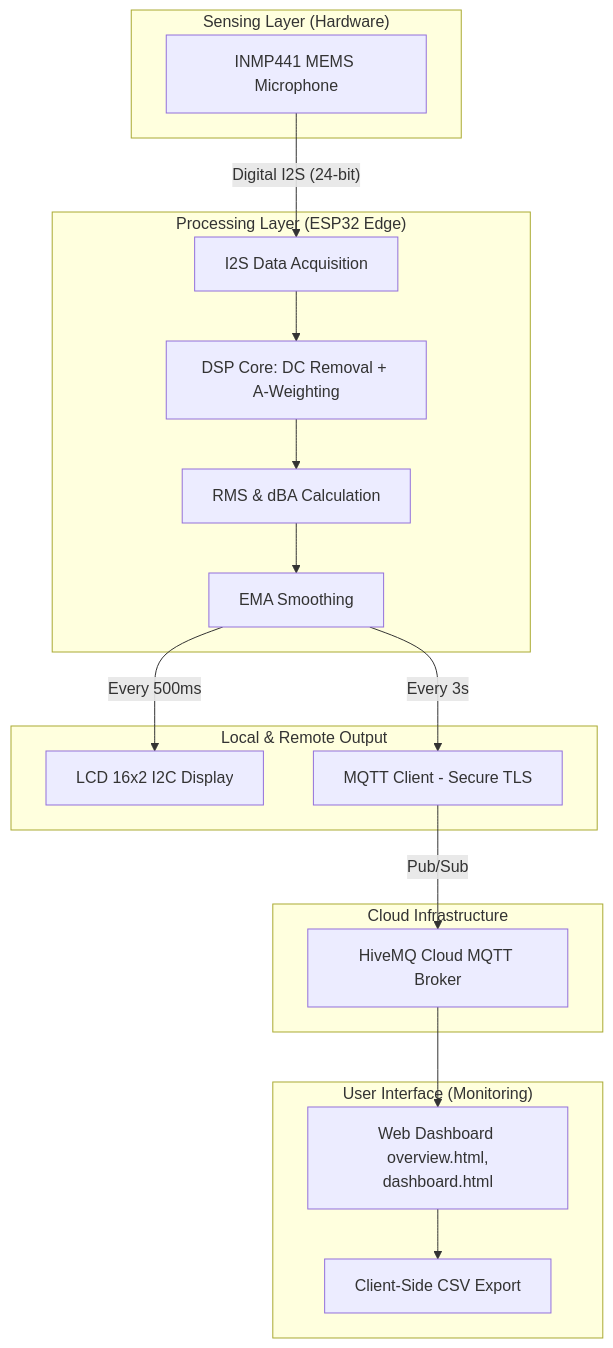
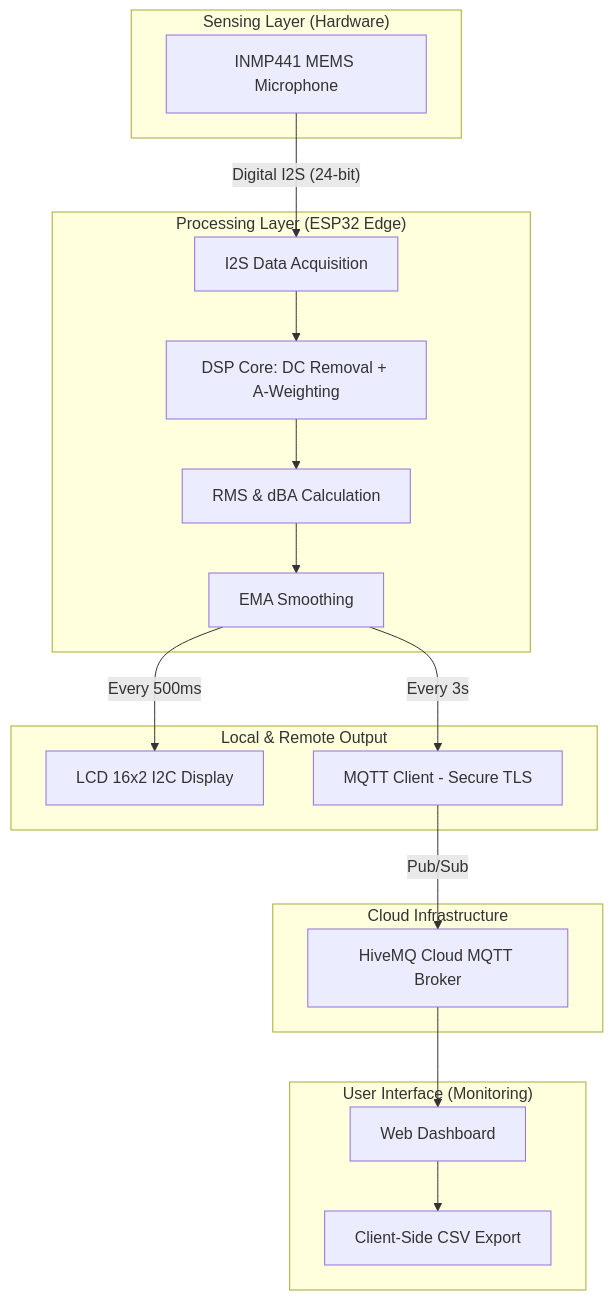
Before and after one commit to alfonsomzrtt/acoustic-level-monitoring: the first of 2 diagrams in README.md, drawn with Mermaid. The commit also changed other lines of this file, not shown here.

````diff
--- a/README.md
+++ b/README.md
@@ -22,38 +76,37 @@
 ```mermaid
 graph TD
     subgraph Sensing["Sensing Layer (Hardware)"]
         A[INMP441 MEMS Microphone]
     end
 
     subgraph Processing["Processing Layer (ESP32 Edge)"]
         B[I2S Data Acquisition]
         C[DSP Core: DC Removal + A-Weighting]
         D[RMS & dBA Calculation]
         E[EMA Smoothing]
     end
 
     subgraph Display["Local & Remote Output"]
         F[LCD 16x2 I2C Display]
         G[MQTT Client - Secure TLS]
     end
 
     subgraph Cloud["Cloud Infrastructure"]
         H[HiveMQ Cloud MQTT Broker]
     end
 
     subgraph Web["User Interface (Monitoring)"]
-        I[Web Dashboard overview.html,
-dashboard.html]
+        I[Web Dashboard]
         J[Client-Side CSV Export]
     end
 
     A -- "Digital I2S (24-bit)" --> B
     B --> C
     C --> D
     D --> E
     E -- "Every 500ms" --> F
     E -- "Every 3s" --> G
     G -- "Pub/Sub" --> H
     H --> I
     I --> J
 ```
````
